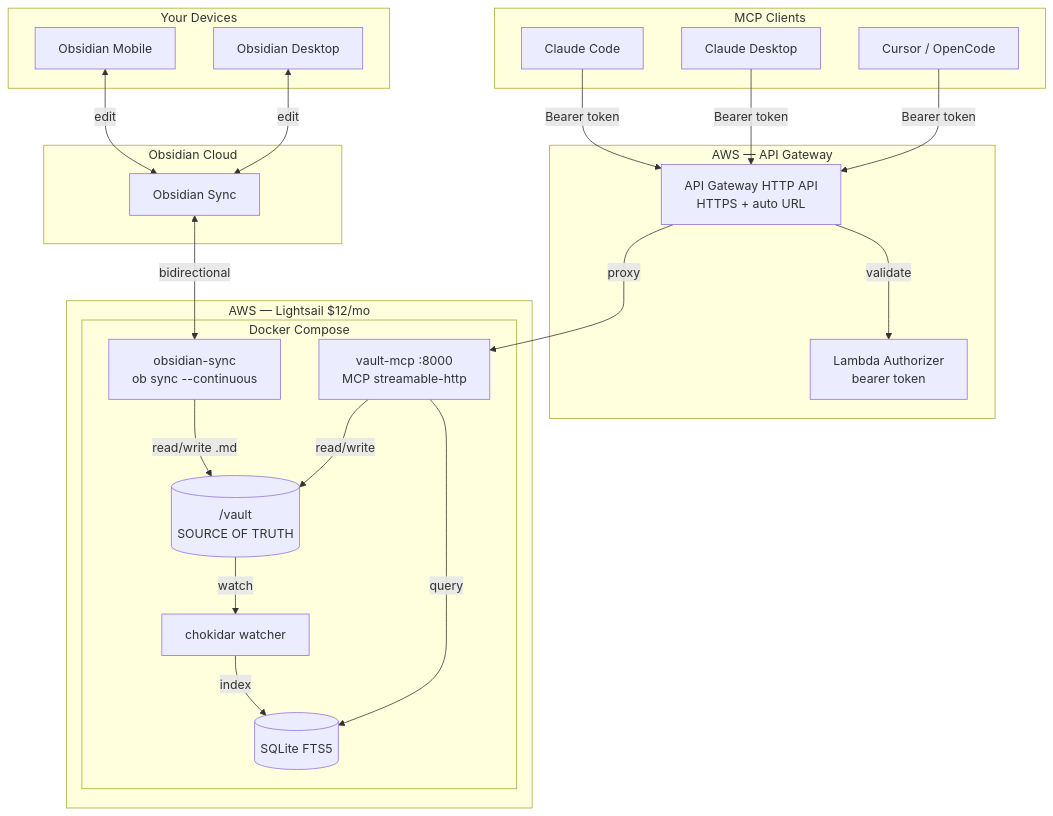
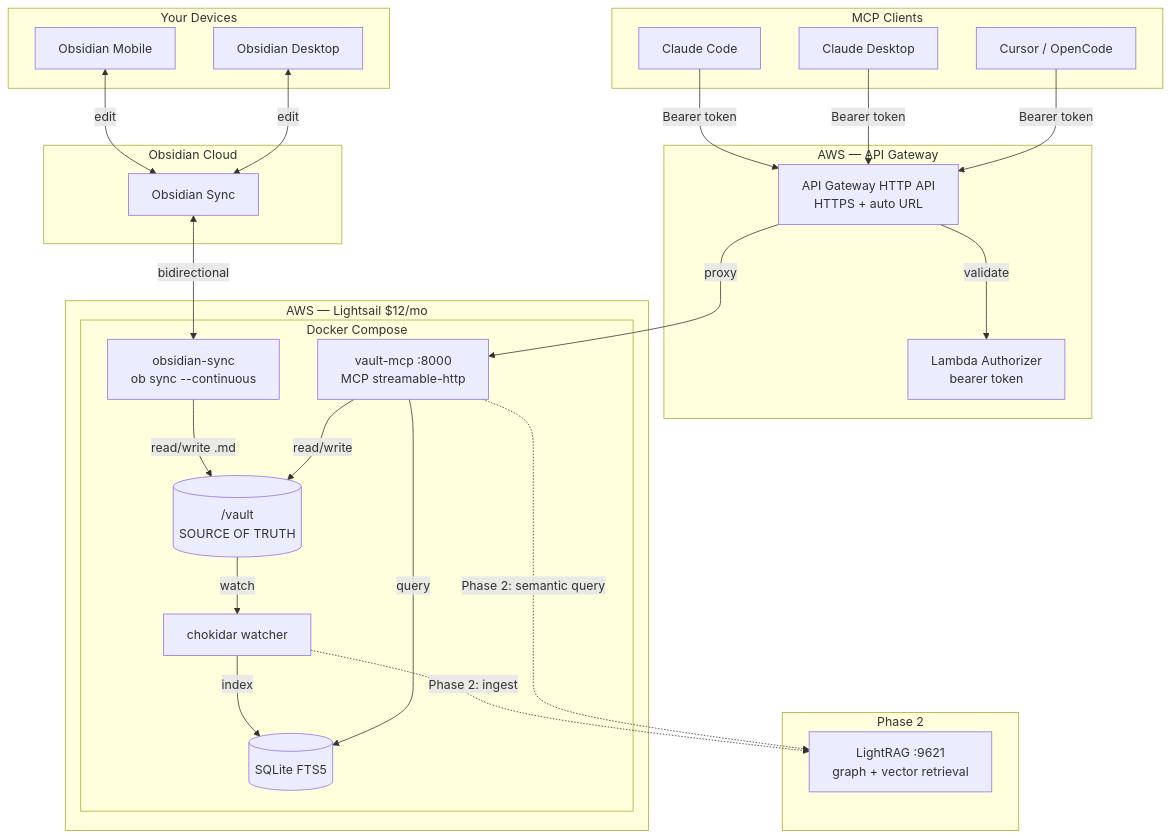
The diagram in ARCHITECTURE.md (aliasunder/vault-cortex), drawn with Mermaid before and after one commit. The commit also changed other lines of this file, not shown here.

Commit message:
docs: Phase 2 LightRAG in architecture, type preference in decisions

````diff
--- a/ARCHITECTURE.md
+++ b/ARCHITECTURE.md
@@ -22,46 +35,52 @@
 ```mermaid
 graph TB
     subgraph "Your Devices"
         OBS_PHONE["Obsidian Mobile"]
         OBS_LAPTOP["Obsidian Desktop"]
     end
 
     subgraph "Obsidian Cloud"
         SYNC["Obsidian Sync"]
     end
 
     subgraph "AWS — API Gateway"
         APIGW["API Gateway HTTP API<br/>HTTPS + auto URL"]
         AUTH_FN["Lambda Authorizer<br/>bearer token"]
         APIGW -->|validate| AUTH_FN
     end
 
     subgraph "AWS — Lightsail $12/mo"
         subgraph "Docker Compose"
             OB_HEADLESS["obsidian-sync<br/>ob sync --continuous"]
             VAULT_FS[(" /vault<br/>SOURCE OF TRUTH")]
             MCP_SERVER["vault-mcp :8000<br/>MCP streamable-http"]
             SQLITE[("SQLite FTS5")]
             WATCHER["chokidar watcher"]
         end
     end
 
+    subgraph "Phase 2"
+        LIGHTRAG["LightRAG :9621<br/>graph + vector retrieval"]
+    end
+
     subgraph "MCP Clients"
         CC["Claude Code"]
         CD["Claude Desktop"]
         CU["Cursor / OpenCode"]
     end
 
     OBS_PHONE <-->|edit| SYNC
     OBS_LAPTOP <-->|edit| SYNC
     SYNC <-->|bidirectional| OB_HEADLESS
     OB_HEADLESS -->|read/write .md| VAULT_FS
     VAULT_FS -->|watch| WATCHER
     WATCHER -->|index| SQLITE
+    WATCHER -.->|Phase 2: ingest| LIGHTRAG
     MCP_SERVER -->|read/write| VAULT_FS
     MCP_SERVER -->|query| SQLITE
+    MCP_SERVER -.->|Phase 2: semantic query| LIGHTRAG
     CC -->|Bearer token| APIGW
     CD -->|Bearer token| APIGW
     CU -->|Bearer token| APIGW
     APIGW -->|proxy| MCP_SERVER
 ```
````
